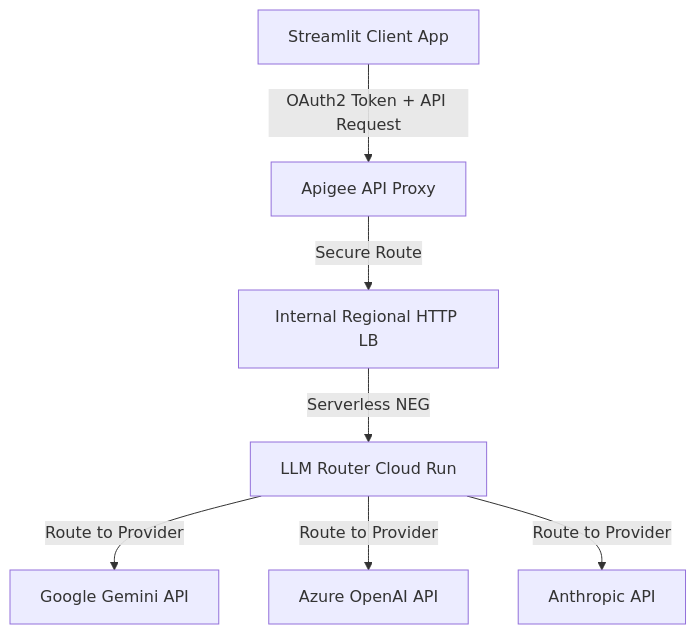
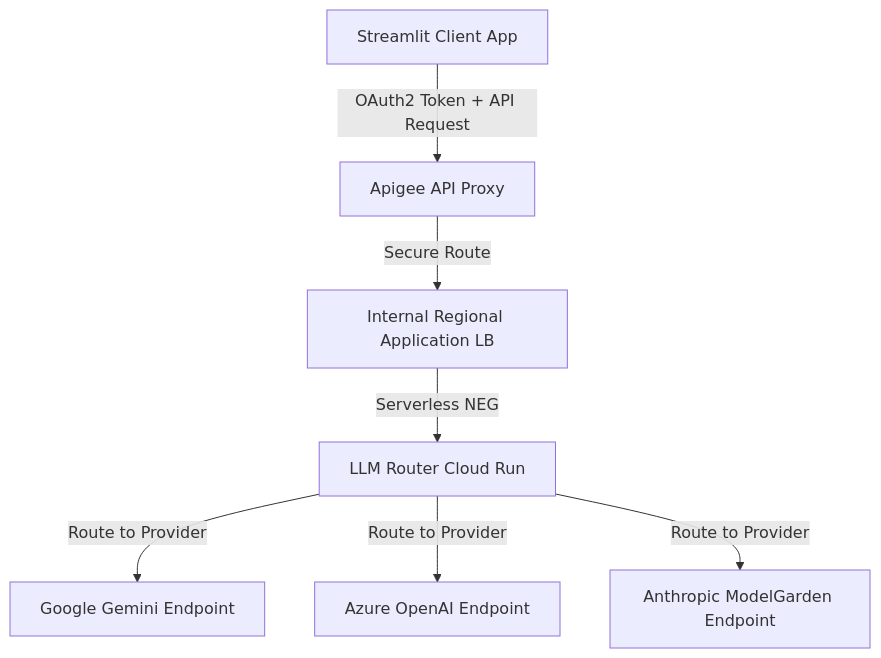
Before and after one commit to cbhong-ops/aigw-llm-gateway: the diagram in README.md, drawn with Mermaid. The commit also changed 2 other files, not shown here.

````diff
--- a/README.md
+++ b/README.md
@@ -13,9 +13,9 @@
 ```mermaid
 graph TD
     Client[Streamlit Client App] -->|OAuth2 Token + API Request| Apigee[Apigee API Proxy]
-    Apigee -->|Secure Route| ILB[Internal Regional HTTP LB]
+    Apigee -->|Secure Route| ILB[Internal Regional Application LB]
     ILB -->|Serverless NEG| Router[LLM Router Cloud Run]
-    Router -->|Route to Provider| Gemini[Google Gemini API]
-    Router -->|Route to Provider| AzureOpenAI[Azure OpenAI API]
-    Router -->|Route to Provider| Anthropic[Anthropic API]
+    Router -->|Route to Provider| Gemini[Google Gemini Endpoint]
+    Router -->|Route to Provider| AzureOpenAI[Azure OpenAI Endpoint]
+    Router -->|Route to Provider| Anthropic[Anthropic ModelGarden Endpoint]
 ```
````
